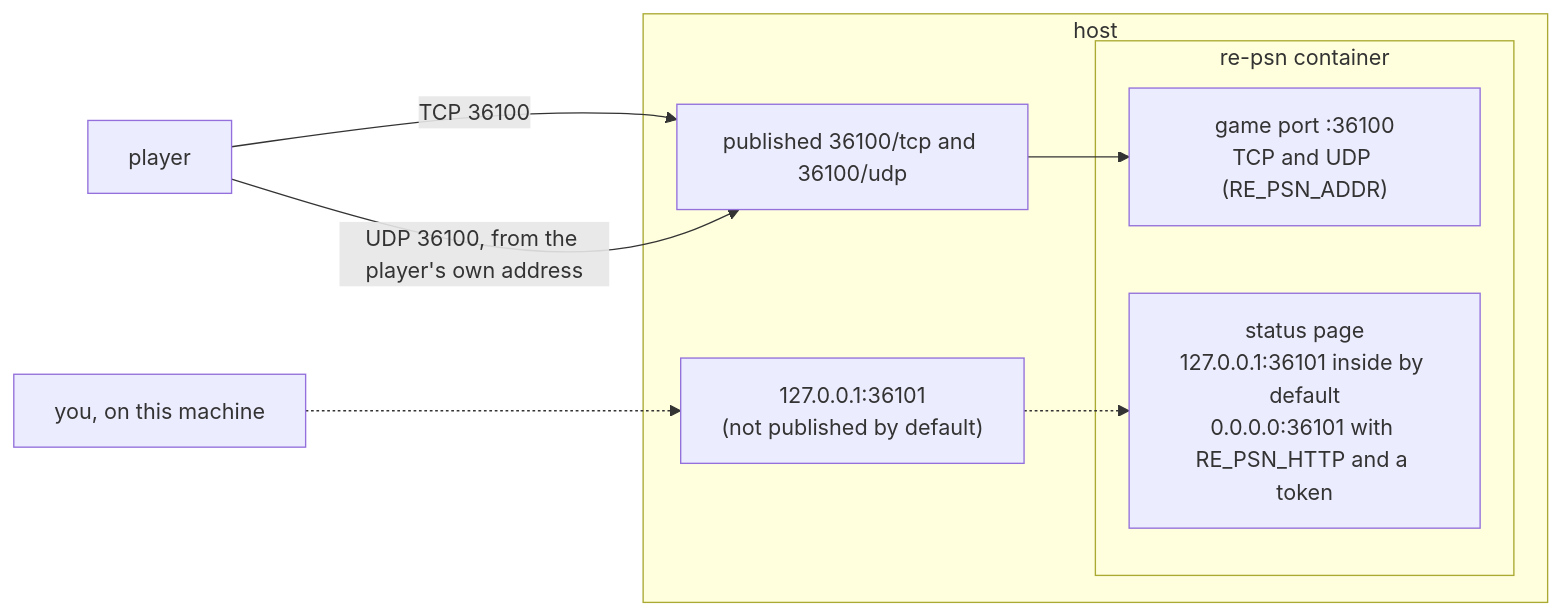
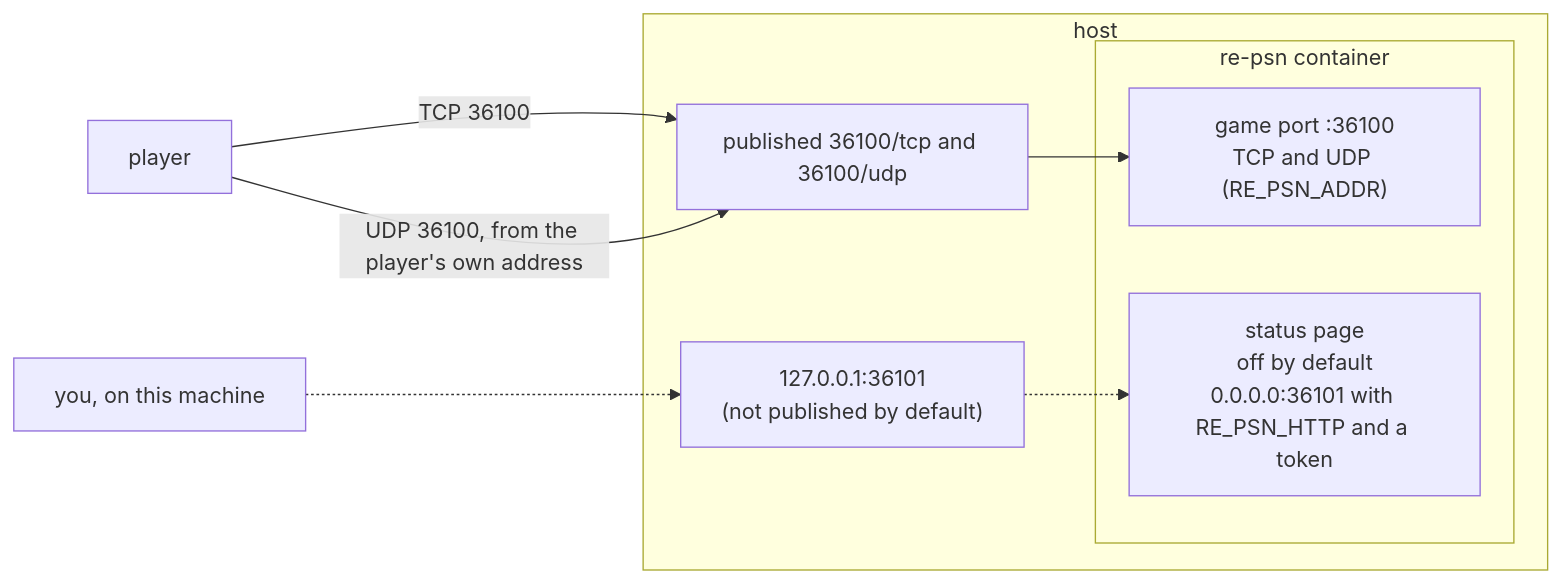
The first of 4 diagrams in docker/README.md (Tzeentchnet/re-psn), drawn with Mermaid before and after one commit. The commit also changed other lines of this file and 24 other files, not shown here.

First line of the commit message:
Make the status page and /api/stats opt-in

````diff
--- a/docker/README.md
+++ b/docker/README.md
@@ -49,18 +49,18 @@
 ```mermaid
 flowchart LR
   player["player"]
   you["you, on this machine"]
   subgraph host["host"]
     p36100["published 36100/tcp and 36100/udp"]
     p36101["127.0.0.1:36101<br/>(not published by default)"]
     subgraph ctr["re-psn container"]
       game["game port :36100<br/>TCP and UDP (RE_PSN_ADDR)"]
-      status["status page<br/>127.0.0.1:36101 inside by default<br/>0.0.0.0:36101 with RE_PSN_HTTP and a token"]
+      status["status page<br/>off by default<br/>0.0.0.0:36101 with RE_PSN_HTTP and a token"]
     end
   end
   player -- "TCP 36100" --> p36100
   player -- "UDP 36100, from the player's own address" --> p36100
   p36100 --> game
   you -.-> p36101
   p36101 -.-> status
 ```
````
